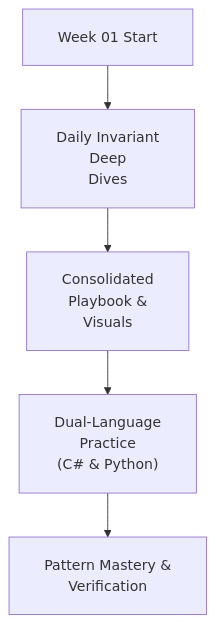
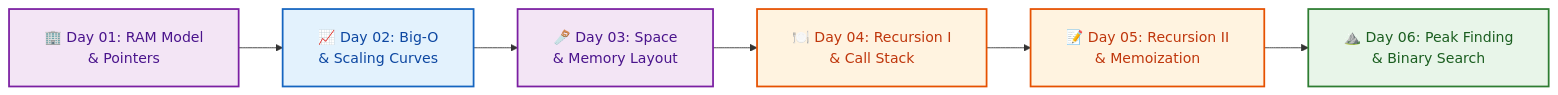
The diagram in week_01_foundations_i_computational_fundamentals/README.md (dip4k/DSA_102), drawn with Mermaid before and after one commit. The commit also changed other lines of this file and 147 other files, not shown here.

First line of the commit message:
feat(curriculum): enrich Weeks 01-19 instructional modules & resolve repository-wide Mermaid cutoff

````diff
--- a/week_01_foundations_i_computational_fundamentals/README.md
+++ b/week_01_foundations_i_computational_fundamentals/README.md
@@ -16,8 +16,14 @@
 ```mermaid
 %%{init: {"flowchart": {"htmlLabels": true, "padding": 20}, "themeCSS": "foreignObject { overflow: visible !important; }"}}%%
-flowchart TD
-    Start["Week 01 Start"] --> Daily["Daily Invariant<br/>Deep<br/>Dives"]
-    Daily --> Playbook["Consolidated<br/>Playbook &<br/>Visuals"]
-    Playbook --> DualLang["Dual-Language<br/>Practice<br/>(C# & Python)"]
-    DualLang --> Mastery["Pattern Mastery &<br/>Verification"]
+flowchart LR
+    classDef stepNode fill:#e3f2fd,stroke:#1565c0,stroke-width:2px,color:#0d47a1
+    classDef memoryNode fill:#f3e5f5,stroke:#7b1fa2,stroke-width:2px,color:#4a148c
+    classDef recurNode fill:#fff3e0,stroke:#e65100,stroke-width:2px,color:#bf360c
+    classDef successNode fill:#e8f5e9,stroke:#2e7d32,stroke-width:2px,color:#1b5e20
+
+    D1["🏢 Day 01: RAM Model<br/>& Pointers"]:::memoryNode --> D2["📈 Day 02: Big-O<br/>& Scaling Curves"]:::stepNode
+    D2 --> D3["🪚 Day 03: Space<br/>& Memory Layout"]:::memoryNode
+    D3 --> D4["🍽️ Day 04: Recursion I<br/>& Call Stack"]:::recurNode
+    D4 --> D5["📝 Day 05: Recursion II<br/>& Memoization"]:::recurNode
+    D5 --> D6["⛰️ Day 06: Peak Finding<br/>& Binary Search"]:::successNode
 ```
````
